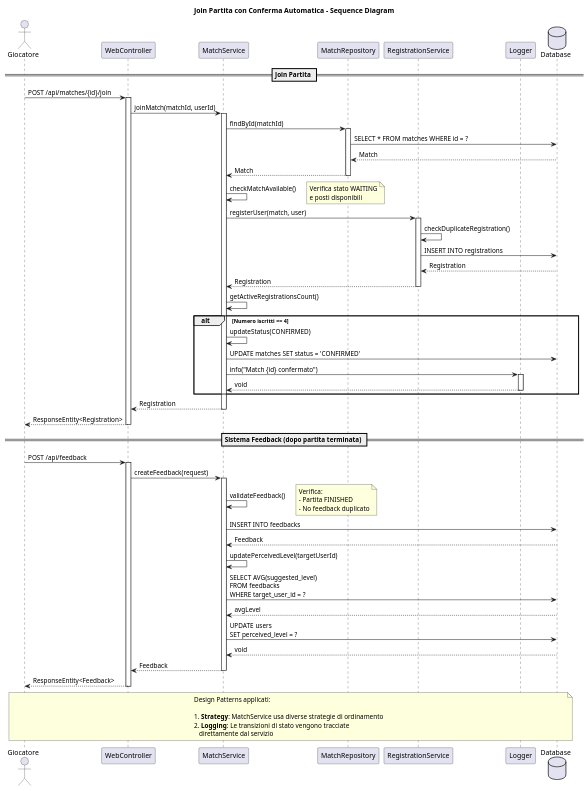
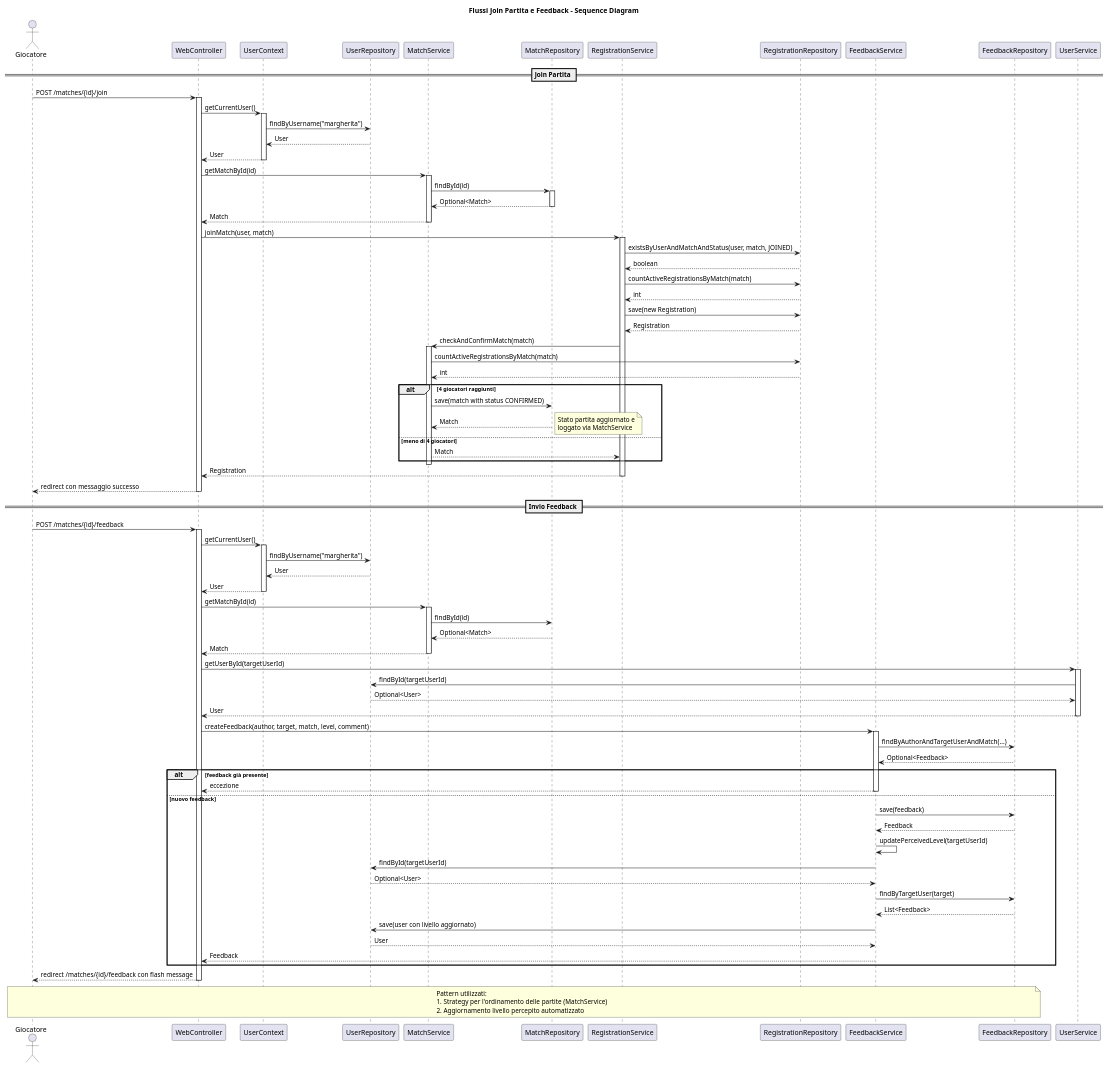
Before and after one commit to deessee0/JavaApp: the diagram in docs/sequence-diagram.puml, drawn with PlantUML. The commit also changed 2 other files, not shown here.

Commit message:
Aggiorna UML per stato attuale dell'app

```diff
--- a/docs/sequence-diagram.puml
+++ b/docs/sequence-diagram.puml
@@ -1,96 +1,138 @@
 @startuml Sequence Diagram - App Padel
 
-title Join Partita con Conferma Automatica - Sequence Diagram
+title Flussi Join Partita e Feedback - Sequence Diagram
 
 actor "Giocatore" as player
 participant "WebController" as web
-participant "MatchService" as service
-participant "MatchRepository" as repo
+participant "UserContext" as userCtx
+participant "UserRepository" as userRepo
+participant "MatchService" as matchService
+participant "MatchRepository" as matchRepo
 participant "RegistrationService" as regService
-participant "Logger" as logger
-database "Database" as db
+participant "RegistrationRepository" as regRepo
+participant "FeedbackService" as feedbackService
+participant "FeedbackRepository" as feedbackRepo
+participant "UserService" as userService
 
 == Join Partita ==
 
-player -> web: POST /api/matches/{id}/join
+player -> web: POST /matches/{id}/join
 activate web
 
-web -> service: joinMatch(matchId, userId)
-activate service
+web -> userCtx: getCurrentUser()
+activate userCtx
+userCtx -> userRepo: findByUsername("margherita")
+userRepo --> userCtx: User
+userCtx --> web: User
+deactivate userCtx
 
-service -> repo: findById(matchId)
-activate repo
-repo -> db: SELECT * FROM matches WHERE id = ?
-db --> repo: Match
-repo --> service: Match
-deactivate repo
+web -> matchService: getMatchById(id)
+activate matchService
+matchService -> matchRepo: findById(id)
+activate matchRepo
+matchRepo --> matchService: Optional<Match>
+deactivate matchRepo
+matchService --> web: Match
 
-service -> service: checkMatchAvailable()
-note right: Verifica stato WAITING\ne posti disponibili
+deactivate matchService
 
-service -> regService: registerUser(match, user)
+web -> regService: joinMatch(user, match)
 activate regService
+regService -> regRepo: existsByUserAndMatchAndStatus(user, match, JOINED)
+regRepo --> regService: boolean
 
-regService -> regService: checkDuplicateRegistration()
+regService -> regRepo: countActiveRegistrationsByMatch(match)
+regRepo --> regService: int
 
-regService -> db: INSERT INTO registrations
-db --> regService: Registration
-regService --> service: Registration
+regService -> regRepo: save(new Registration)
+regRepo --> regService: Registration
+
+regService -> matchService: checkAndConfirmMatch(match)
+activate matchService
+matchService -> regRepo: countActiveRegistrationsByMatch(match)
+regRepo --> matchService: int
+
+alt 4 giocatori raggiunti
+    matchService -> matchRepo: save(match with status CONFIRMED)
+    matchRepo --> matchService: Match
+    note right
+      Stato partita aggiornato e
+      loggato via MatchService
+    end note
+else meno di 4 giocatori
+    matchService --> regService: Match
+end
+
+deactivate matchService
+
+regService --> web: Registration
+
 deactivate regService
 
-service -> service: getActiveRegistrationsCount()
-alt Numero iscritti == 4
-    
-    service -> service: updateStatus(CONFIRMED)
-    service -> db: UPDATE matches SET status = 'CONFIRMED'
-    
-    service -> logger: info("Match {id} confermato")
-    activate logger
-    logger --> service: void
-    deactivate logger
-    
+web --> player: redirect con messaggio successo
+
+deactivate web
+
+== Invio Feedback ==
+
+player -> web: POST /matches/{id}/feedback
+activate web
+
+web -> userCtx: getCurrentUser()
+activate userCtx
+userCtx -> userRepo: findByUsername("margherita")
+userRepo --> userCtx: User
+userCtx --> web: User
+deactivate userCtx
+
+web -> matchService: getMatchById(id)
+activate matchService
+matchService -> matchRepo: findById(id)
+matchRepo --> matchService: Optional<Match>
+matchService --> web: Match
+
+deactivate matchService
+
+web -> userService: getUserById(targetUserId)
+activate userService
+userService -> userRepo: findById(targetUserId)
+userRepo --> userService: Optional<User>
+userService --> web: User
+
+deactivate userService
+
+web -> feedbackService: createFeedback(author, target, match, level, comment)
+activate feedbackService
+feedbackService -> feedbackRepo: findByAuthorAndTargetUserAndMatch(...)
+feedbackRepo --> feedbackService: Optional<Feedback>
+
+alt feedback già presente
+    feedbackService --> web: eccezione
+    deactivate feedbackService
+else nuovo feedback
+    feedbackService -> feedbackRepo: save(feedback)
+    feedbackRepo --> feedbackService: Feedback
+
+    feedbackService -> feedbackService: updatePerceivedLevel(targetUserId)
+    feedbackService -> userRepo: findById(targetUserId)
+    userRepo --> feedbackService: Optional<User>
+    feedbackService -> feedbackRepo: findByTargetUser(target)
+    feedbackRepo --> feedbackService: List<Feedback>
+    feedbackService -> userRepo: save(user con livello aggiornato)
+    userRepo --> feedbackService: User
+
+    feedbackService --> web: Feedback
+    deactivate feedbackService
 end
 
-service --> web: Registration
-deactivate service
+web --> player: redirect /matches/{id}/feedback con flash message
 
-web --> player: ResponseEntity<Registration>
 deactivate web
 
-== Sistema Feedback (dopo partita terminata) ==
-
-player -> web: POST /api/feedback
-activate web
-
-web -> service: createFeedback(request)
-activate service
-
-service -> service: validateFeedback()
-note right: Verifica:\n- Partita FINISHED\n- No feedback duplicato
-
-service -> db: INSERT INTO feedbacks
-db --> service: Feedback
-
-service -> service: updatePerceivedLevel(targetUserId)
-
-service -> db: SELECT AVG(suggested_level)\nFROM feedbacks\nWHERE target_user_id = ?
-db --> service: avgLevel
-
-service -> db: UPDATE users\nSET perceived_level = ?
-db --> service: void
-
-service --> web: Feedback
-deactivate service
-
-web --> player: ResponseEntity<Feedback>
-deactivate web
-
-note over player, db
-  Design Patterns applicati:
-
-  1. **Strategy**: MatchService usa diverse strategie di ordinamento
-  2. **Logging**: Le transizioni di stato vengono tracciate
-     direttamente dal servizio
+note over player, feedbackRepo
+  Pattern utilizzati:
+  1. Strategy per l'ordinamento delle partite (MatchService)
+  2. Aggiornamento livello percepito automatizzato
 end note
 
 @enduml
```
